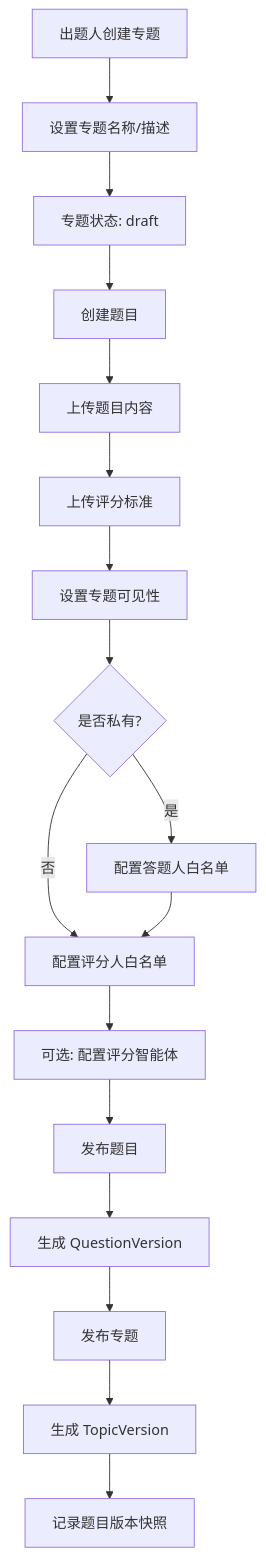
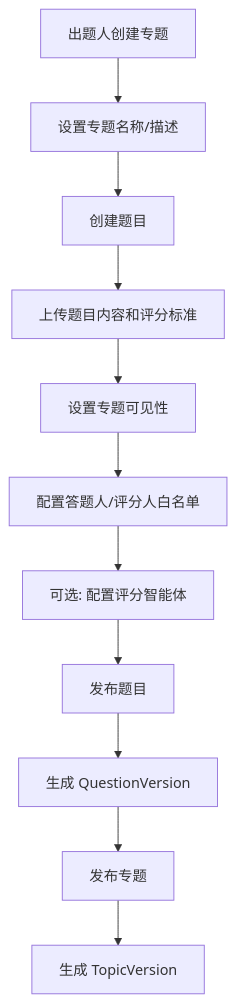
The third of 6 diagrams in plans/evaluation-module-technical-spec.md (wecode-ai/Wegent), drawn with Mermaid before and after one commit. The commit also changed other lines of this file, not shown here.

````diff
--- a/plans/evaluation-module-technical-spec.md
+++ b/plans/evaluation-module-technical-spec.md
@@ -510,19 +321,13 @@
 ```mermaid
 flowchart TD
     A[出题人创建专题] --> B[设置专题名称/描述]
-    B --> C[专题状态: draft]
-    C --> D[创建题目]
-    D --> E[上传题目内容]
-    E --> F[上传评分标准]
-    F --> G[设置专题可见性]
-    G --> H{是否私有?}
-    H -->|是| I[配置答题人白名单]
-    H -->|否| J[配置评分人白名单]
-    I --> J
-    J --> K[可选: 配置评分智能体]
-    K --> L[发布题目]
-    L --> M[生成 QuestionVersion]
-    M --> N[发布专题]
-    N --> O[生成 TopicVersion]
-    O --> P[记录题目版本快照]
+    B --> C[创建题目]
+    C --> D[上传题目内容和评分标准]
+    D --> E[设置专题可见性]
+    E --> F[配置答题人/评分人白名单]
+    F --> G[可选: 配置评分智能体]
+    G --> H[发布题目]
+    H --> I[生成 QuestionVersion]
+    I --> J[发布专题]
+    J --> K[生成 TopicVersion]
 ```
````
